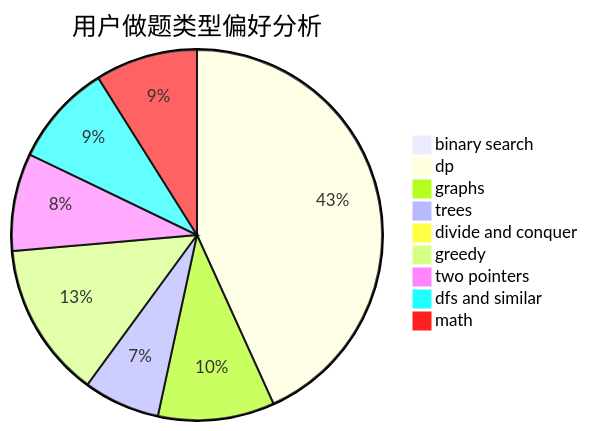
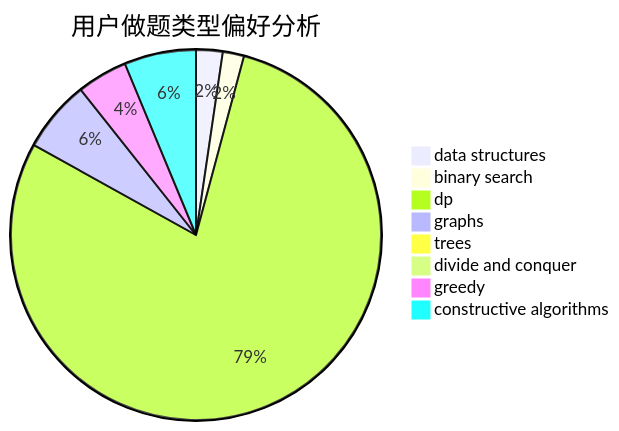
One commit to sherpahu/cfrs.github.io changed the second of 3 diagrams in docs/user/u2433.md. Above: the diagram before and after it, drawn with Mermaid. The commit also changed other lines of this file and 2775 other files, not shown here.

````diff
--- a/docs/user/u2433.md
+++ b/docs/user/u2433.md
@@ -23,12 +23,11 @@
 ```mermaid
 pie title 用户做题类型偏好分析
+    "data structures" :  10
     "binary search" :  8
-    "dp" :  421
-    "graphs" :  99
-    "trees" :  65
-    "divide and conquer" :  6
-    "greedy" :  132
-    "two pointers" :  83
-    "dfs and similar" :  87
-    "math" :  87
+    "dp" :  340
+    "graphs" :  27
+    "trees" :  0
+    "divide and conquer" :  0
+    "greedy" :  19
+    "constructive algorithms" :  27
 ```
````
